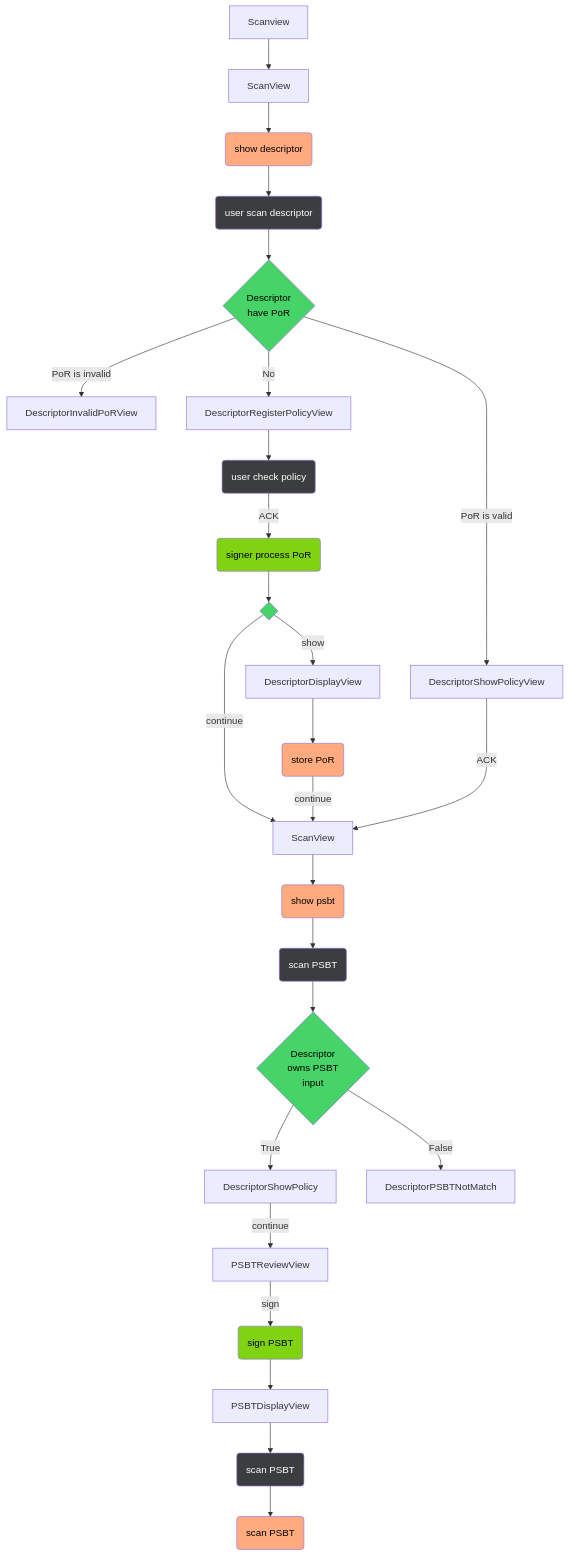
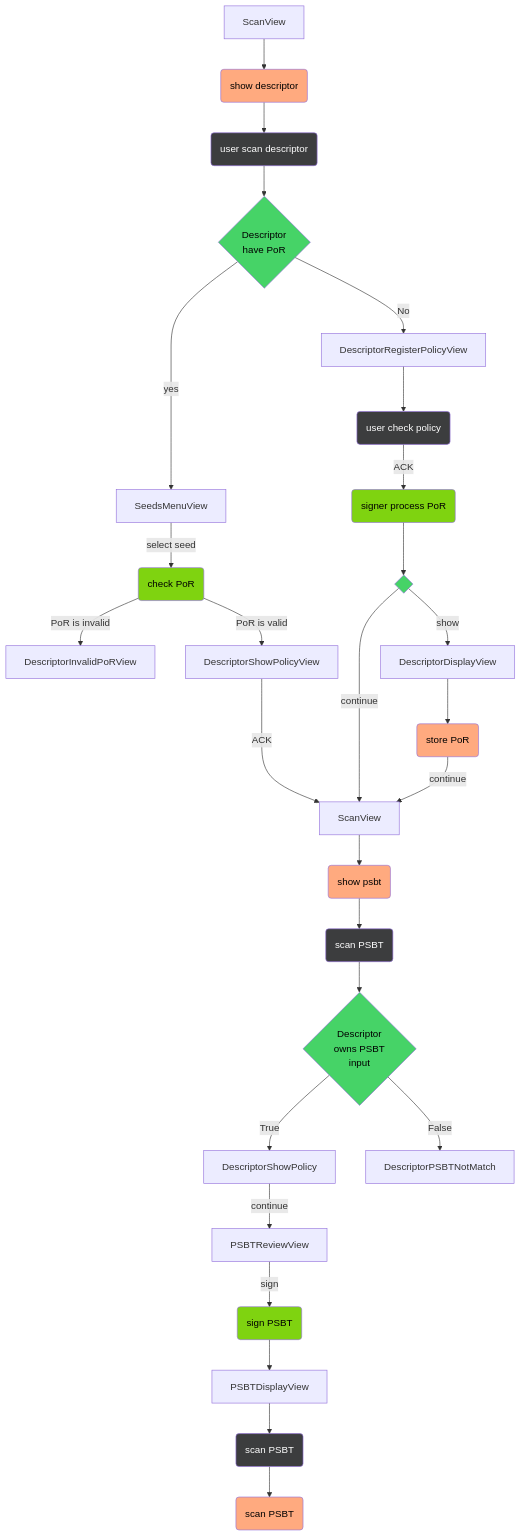
The second of 3 diagrams in docs/workflow_charts/miniscript_path.md (pythcoiner/seedsigner), drawn with Mermaid before and after one commit. The commit also changed 1 other file, not shown here.

```diff
--- a/docs/workflow_charts/miniscript_path.md
+++ b/docs/workflow_charts/miniscript_path.md
@@ -31,7 +31,7 @@
 
 
     
-V-10[Scanview] -->
+
 
 V1[ScanView] --> 
 
@@ -44,11 +44,14 @@
 T1{Descriptor\n have PoR}
 T1:::test
 
-T1 -- PoR is invalid --> V3[DescriptorInvalidPoRView]
+T1 -- yes --> T4[SeedsMenuView]
 
+T4 -- select seed --> S3(check PoR)
 
+S3 -- PoR is invalid --> V03[DescriptorInvalidPoRView]
+S3:::signer
 
-T1 -- PoR is valid --> V4
+S3 -- PoR is valid --> V4
 
 T1 -- No --> V2[DescriptorRegisterPolicyView]
     V2 --> U2(user check policy)
```
